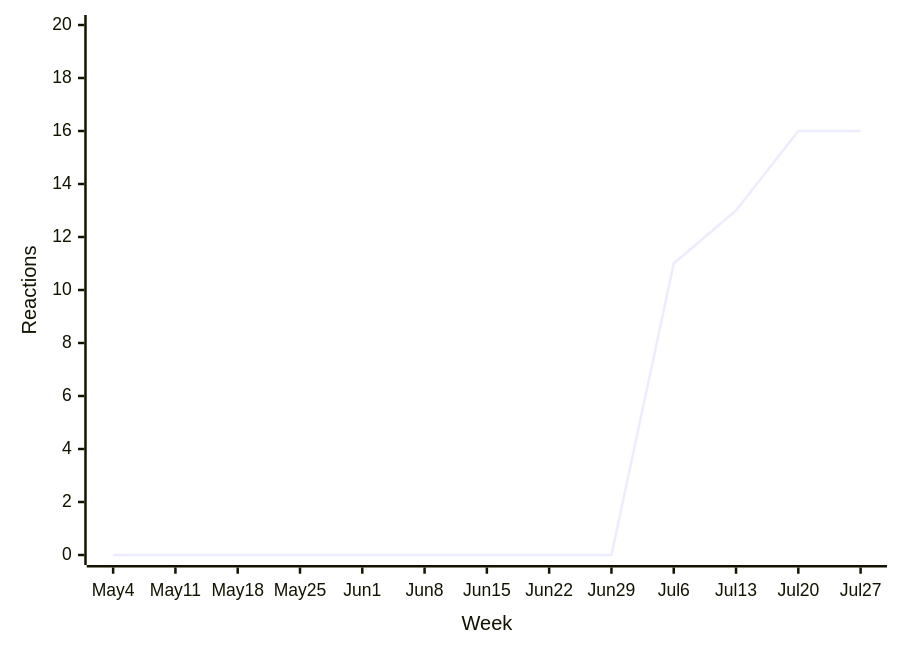
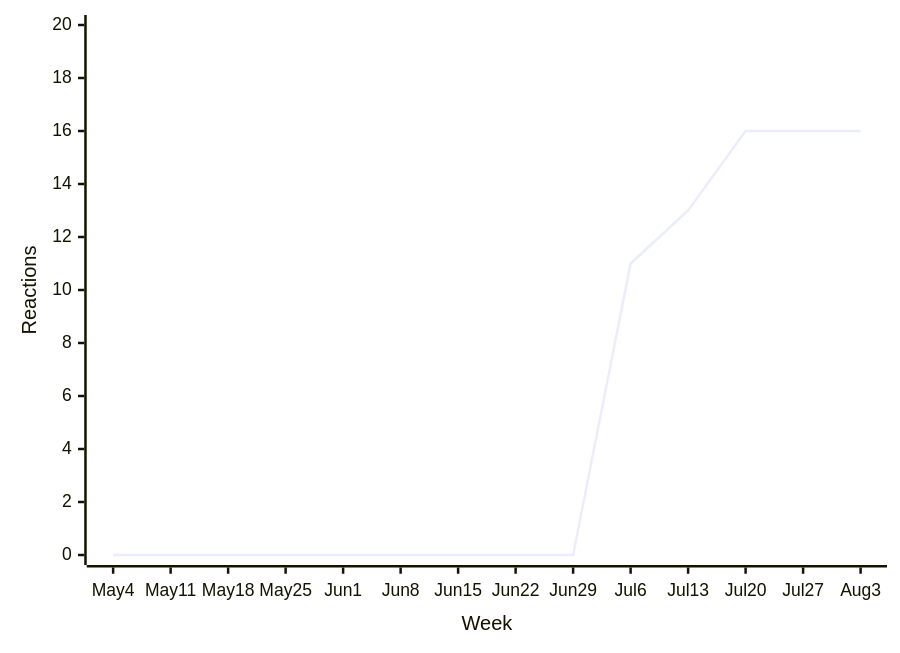
Diagram 11 of 44 in README.md (loic-sharma/github-insights), drawn with Mermaid before and after one commit. The commit also changed other lines of this file and 3 other files, not shown here.

````diff
--- a/README.md
+++ b/README.md
@@ -509,6 +509,6 @@
   ```mermaid
   xychart-beta
-    x-axis "Week" [May 4, May 11, May 18, May 25, Jun 1, Jun 8, Jun 15, Jun 22, Jun 29, Jul 6, Jul 13, Jul 20, Jul 27]
+    x-axis "Week" [May 4, May 11, May 18, May 25, Jun 1, Jun 8, Jun 15, Jun 22, Jun 29, Jul 6, Jul 13, Jul 20, Jul 27, Aug 3]
     y-axis "Reactions" 0 --> 20
-    line [0, 0, 0, 0, 0, 0, 0, 0, 0, 11, 13, 16, 16]
+    line [0, 0, 0, 0, 0, 0, 0, 0, 0, 11, 13, 16, 16, 16]
   ```
````
